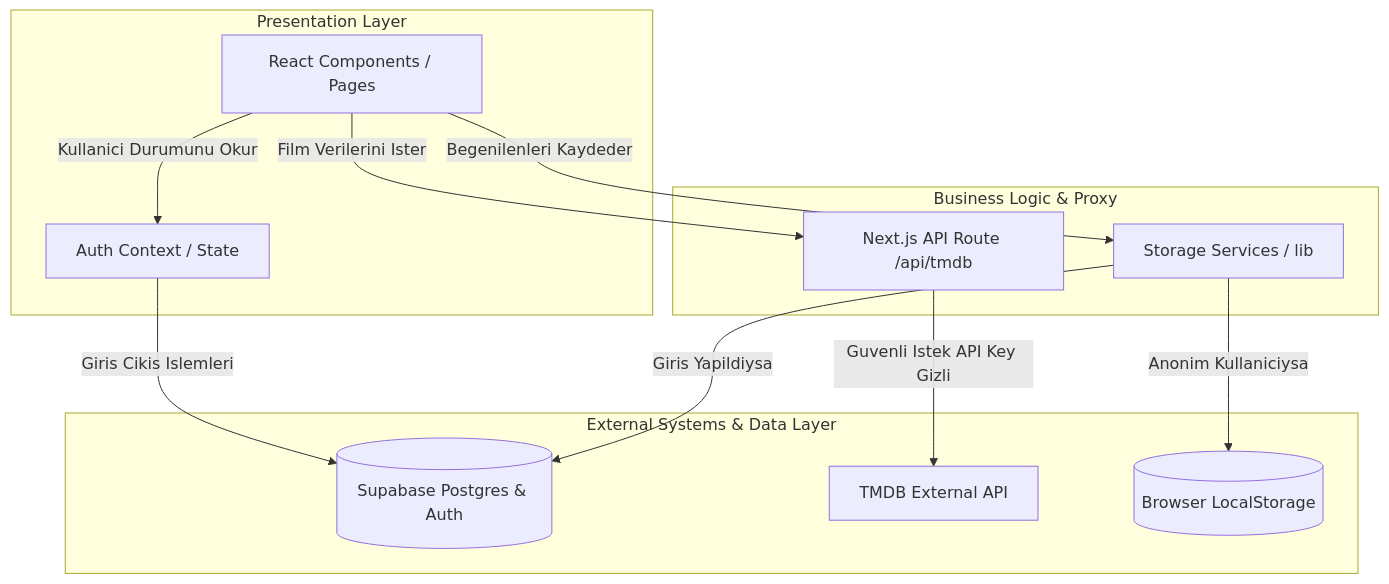
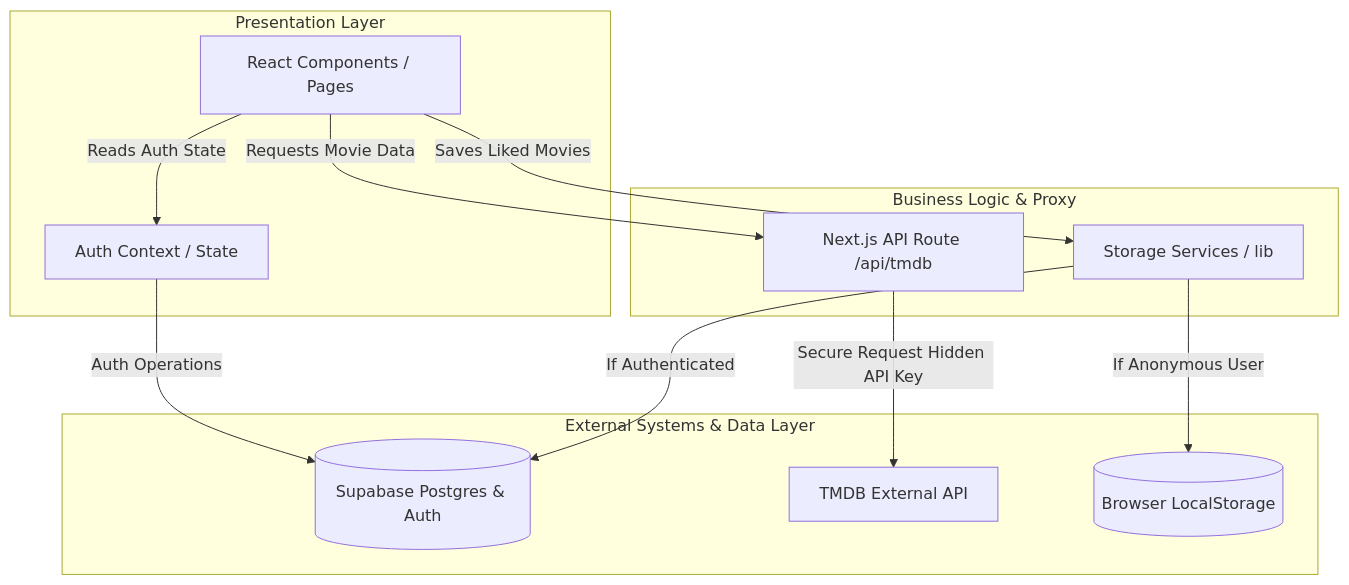
Before and after one commit to mehmetali-ozturk/movier: the first of 4 diagrams in ARCHITECTURE.md, drawn with Mermaid. The commit also changed other lines of this file, not shown here.

Commit message:
ARCHITECTURE.md file commit

````diff
--- a/ARCHITECTURE.md
+++ b/ARCHITECTURE.md
@@ -78,28 +77,28 @@
 ```mermaid
 flowchart TD
     subgraph Presentation Layer
         UI[React Components / Pages]
         AuthCtx[Auth Context / State]
     end
 
     subgraph Business Logic & Proxy
         API[Next.js API Route /api/tmdb]
         StoreClient[Storage Services / lib]
     end
 
     subgraph External Systems & Data Layer
         Supabase[(Supabase Postgres & Auth)]
         TMDB[TMDB External API]
         LocalDB[(Browser LocalStorage)]
     end
 
-    UI -->|Kullanici Durumunu Okur| AuthCtx
-    UI -->|Film Verilerini Ister| API
-    UI -->|Begenilenleri Kaydeder| StoreClient
+    UI -->|Reads Auth State| AuthCtx
+    UI -->|Requests Movie Data| API
+    UI -->|Saves Liked Movies| StoreClient
     
-    AuthCtx -->|Giris Cikis Islemleri| Supabase
-    API -->|Guvenli Istek API Key Gizli| TMDB
+    AuthCtx -->|Auth Operations| Supabase
+    API -->|Secure Request Hidden API Key| TMDB
     
-    StoreClient -->|Giris Yapildiysa| Supabase
-    StoreClient -->|Anonim Kullaniciysa| LocalDB
+    StoreClient -->|If Authenticated| Supabase
+    StoreClient -->|If Anonymous User| LocalDB
 ```
````
